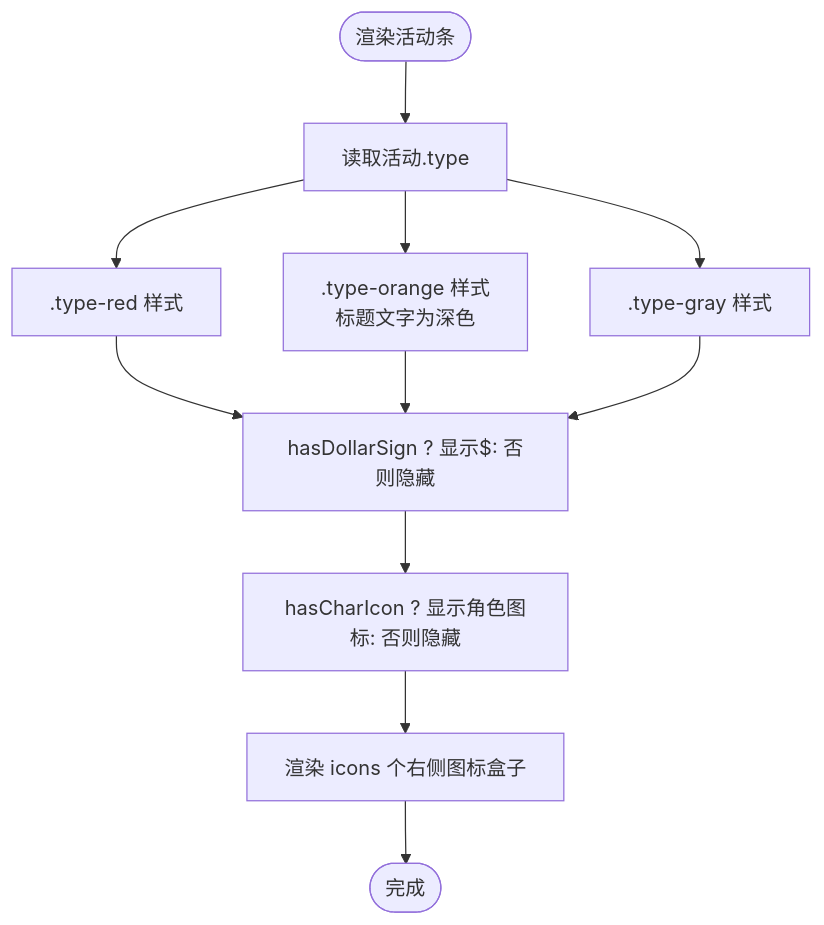
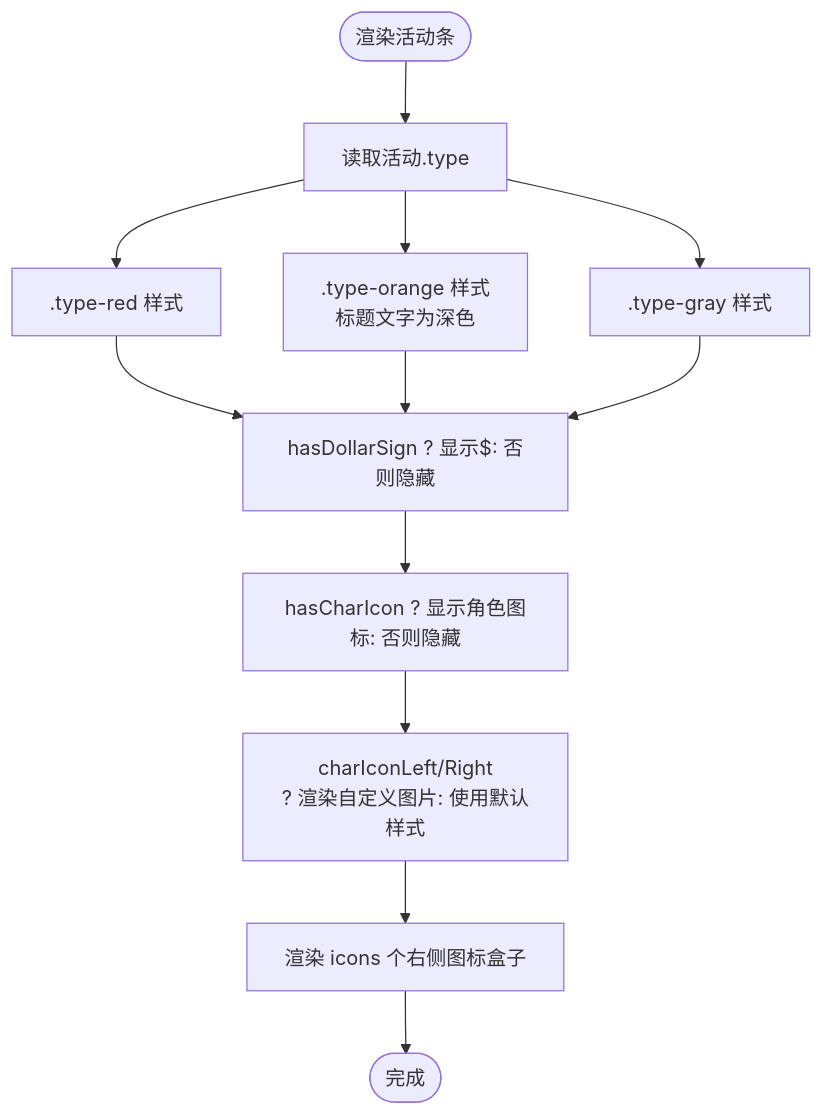
One commit to xuanyulingnfeg/gameCalendar changed the fourth of 6 diagrams in .qoder/repowiki/zh/content/配置系统.md. Above: the diagram before and after it, drawn with Mermaid. The commit also changed other lines of this file and 7 other files, not shown here.

````diff
--- a/.qoder/repowiki/zh/content/配置系统.md
+++ b/.qoder/repowiki/zh/content/配置系统.md
@@ -170,13 +186,14 @@
 ```mermaid
 flowchart TD
 Start(["渲染活动条"]) --> CheckType["读取活动.type"]
 CheckType --> Red[".type-red 样式"]
 CheckType --> Orange[".type-orange 样式<br/>标题文字为深色"]
 CheckType --> Gray[".type-gray 样式"]
 Red --> Dollar["hasDollarSign ? 显示$: 否则隐藏"]
 Orange --> Dollar
 Gray --> Dollar
 Dollar --> Char["hasCharIcon ? 显示角色图标: 否则隐藏"]
-Char --> Icons["渲染 icons 个右侧图标盒子"]
+Char --> CharIcons["charIconLeft/Right<br/>? 渲染自定义图片: 使用默认样式"]
+CharIcons --> Icons["渲染 icons 个右侧图标盒子"]
 Icons --> End(["完成"])
 ```
````
